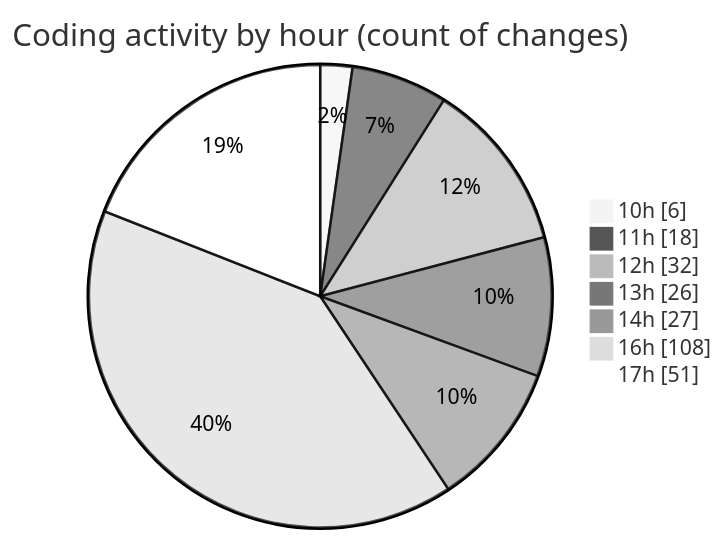
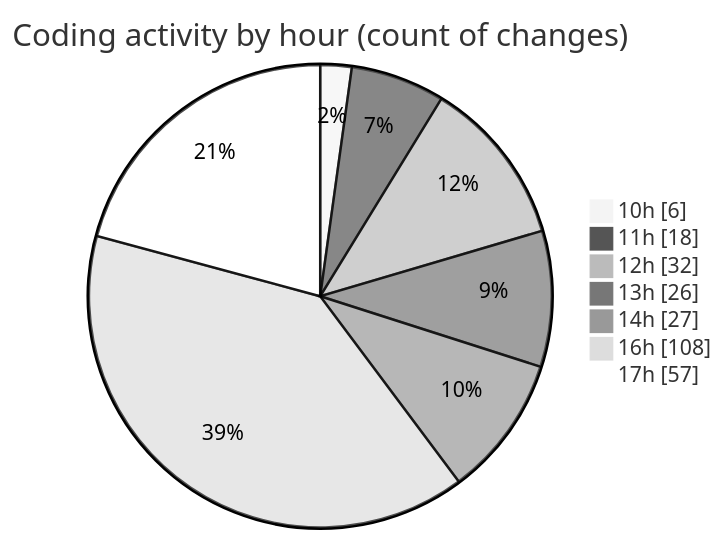
The second of 2 diagrams in 2026-09-03/cda/README.md (momahboobian/code-tracking), drawn with Mermaid (neutral theme) before and after one commit. The commit also changed other lines of this file and 1 other file, not shown here.

````diff
--- a/2026-09-03/cda/README.md
+++ b/2026-09-03/cda/README.md
@@ -99,11 +99,11 @@
 ```mermaid
 pie showData
 title Coding activity by hour (count of changes)
 "10h" : 6
 "11h" : 18
 "12h" : 32
 "13h" : 26
 "14h" : 27
 "16h" : 108
-"17h" : 51
+"17h" : 57
 ```
````
